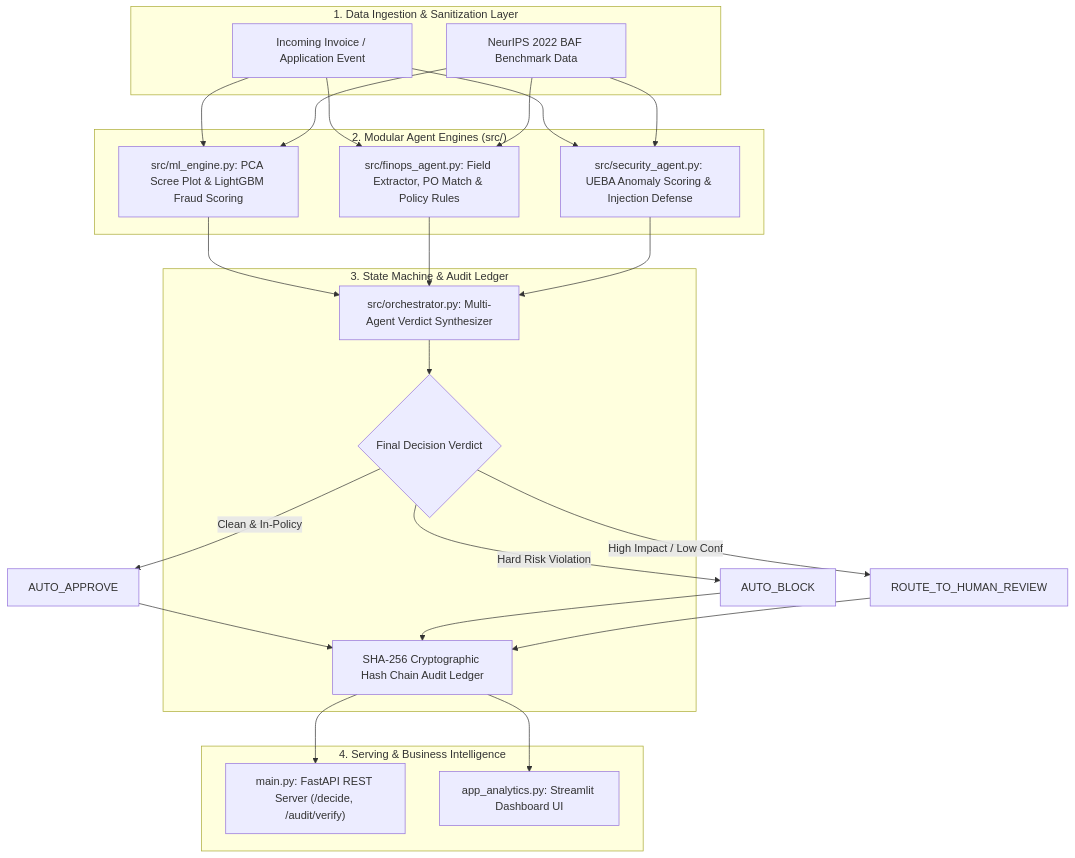
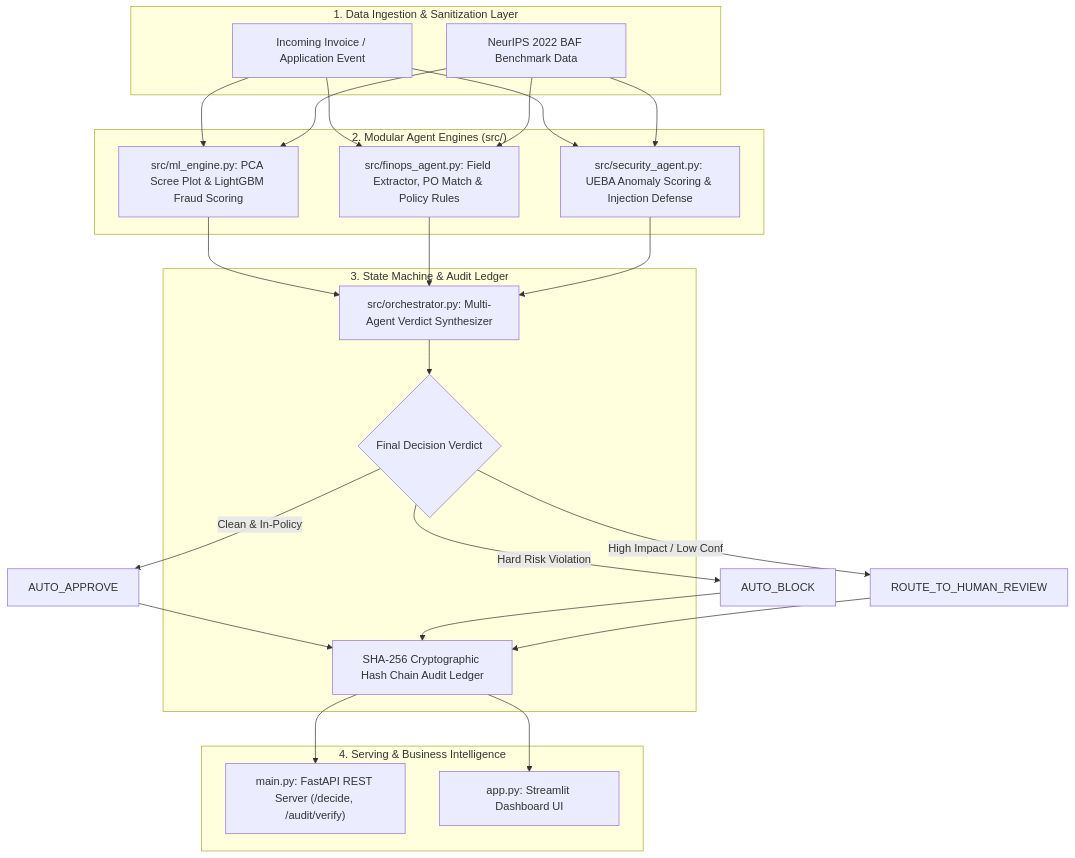
Before and after one commit to PriyankaHichkad/FinOps-Security-Agent: the diagram in README.md, drawn with Mermaid. The commit also changed other lines of this file, not shown here.

````diff
--- a/README.md
+++ b/README.md
@@ -23,33 +16,33 @@
 ```mermaid
 flowchart TD
     subgraph Ingestion ["1. Data Ingestion & Sanitization Layer"]
         InputEvent["Incoming Invoice / Application Event"]
         BAFData["NeurIPS 2022 BAF Benchmark Data"]
     end
 
     subgraph CoreEngine ["2. Modular Agent Engines (src/)"]
         PCAReduction["src/ml_engine.py: PCA Scree Plot & LightGBM Fraud Scoring"]
         FinOpsPolicy["src/finops_agent.py: Field Extractor, PO Match & Policy Rules"]
         SecOpsAnomaly["src/security_agent.py: UEBA Anomaly Scoring & Injection Defense"]
     end
 
     subgraph OrchestratorLayer ["3. State Machine & Audit Ledger"]
         Orchestrator["src/orchestrator.py: Multi-Agent Verdict Synthesizer"]
         FinalVerdict{"Final Decision Verdict"}
         HashChain["SHA-256 Cryptographic Hash Chain Audit Ledger"]
     end
 
     subgraph ServingLayer ["4. Serving & Business Intelligence"]
         FastAPI["main.py: FastAPI REST Server (/decide, /audit/verify)"]
-        StreamlitApp["app_analytics.py: Streamlit Dashboard UI"]
+        StreamlitApp["app.py: Streamlit Dashboard UI"]
     end
 
     InputEvent & BAFData --> PCAReduction & FinOpsPolicy & SecOpsAnomaly
     PCAReduction & FinOpsPolicy & SecOpsAnomaly --> Orchestrator --> FinalVerdict
 
     FinalVerdict -->|Clean & In-Policy| AutoApprove["AUTO_APPROVE"]
     FinalVerdict -->|Hard Risk Violation| AutoBlock["AUTO_BLOCK"]
     FinalVerdict -->|High Impact / Low Conf| HumanQueue["ROUTE_TO_HUMAN_REVIEW"]
 
     AutoApprove & AutoBlock & HumanQueue --> HashChain --> FastAPI & StreamlitApp
 ```
````
